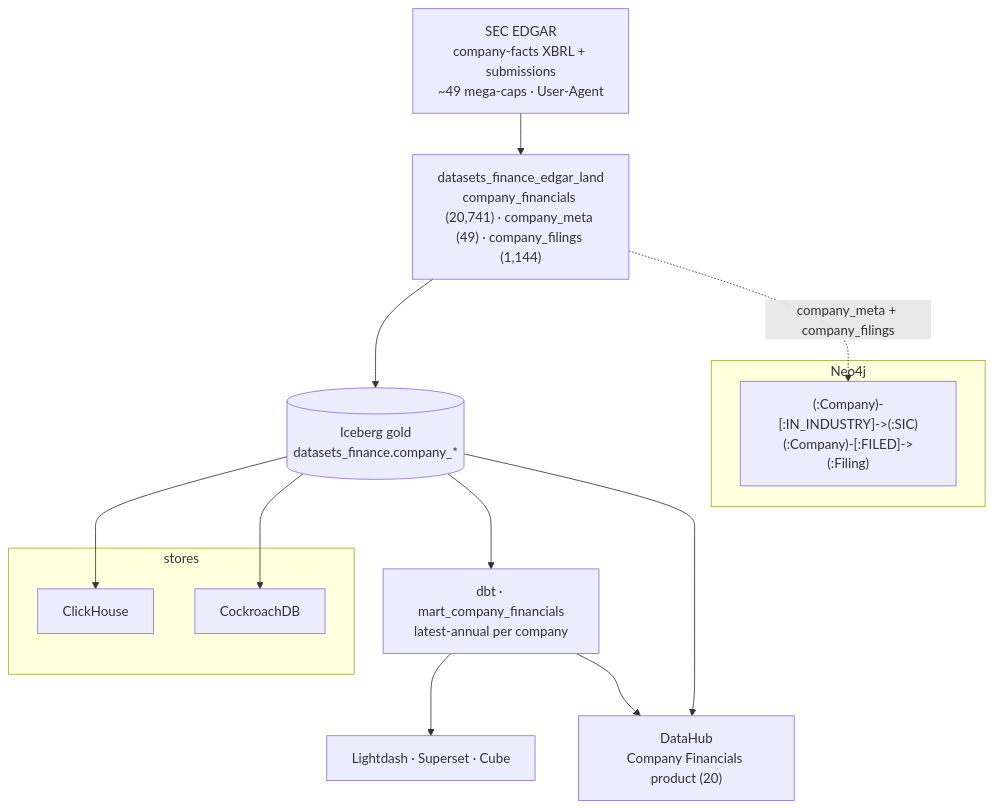
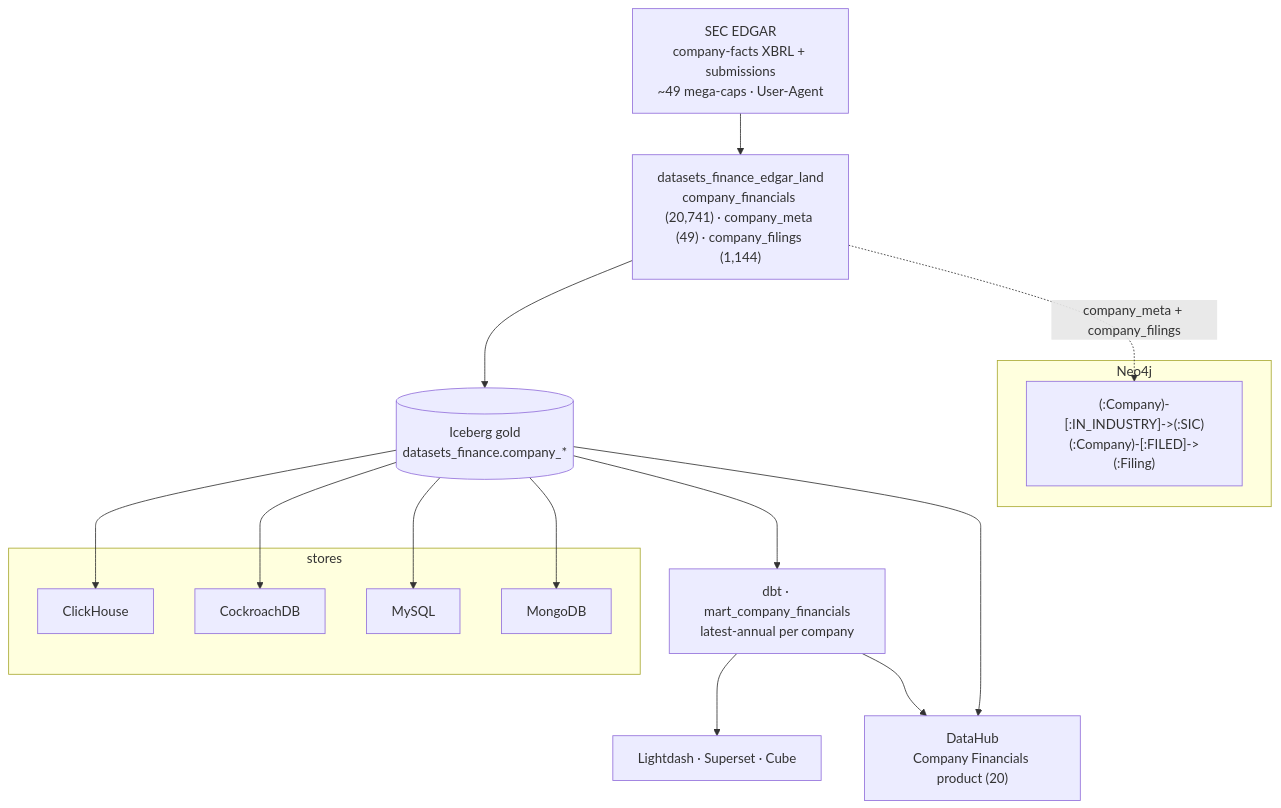
One commit to edtbl76/weyland-lab changed the third of 3 diagrams in docs/diagrams/flow-finance-ingestion.md. Above: the diagram before and after it, drawn with Mermaid. The commit also changed other lines of this file and 2 other files, not shown here.

First line of the commit message:
Enable MySQL and MongoDB Loaders for EDGAR Data in Finance Domain

````diff
--- a/docs/diagrams/flow-finance-ingestion.md
+++ b/docs/diagrams/flow-finance-ingestion.md
@@ -115,24 +115,28 @@
 ```mermaid
 flowchart TB
   SEC["SEC EDGAR<br/>company-facts XBRL + submissions<br/>~49 mega-caps · User-Agent"]
   LAND["datasets_finance_edgar_land<br/>company_financials (20,741) · company_meta (49) · company_filings (1,144)"]
   GOLD[("Iceberg gold<br/>datasets_finance.company_*")]
   subgraph STORES["stores"]
     CH["ClickHouse"]
     CR["CockroachDB"]
+    MY["MySQL"]
+    MO["MongoDB"]
   end
   MART["dbt · mart_company_financials<br/>latest-annual per company"]
   subgraph GRAPH["Neo4j"]
     G["(:Company)-[:IN_INDUSTRY]->(:SIC)<br/>(:Company)-[:FILED]->(:Filing)"]
   end
   BI["Lightdash · Superset · Cube"]
   DH["DataHub<br/>Company Financials product (20)"]
 
   SEC --> LAND --> GOLD
   GOLD --> CH
   GOLD --> CR
+  GOLD --> MY
+  GOLD --> MO
   GOLD --> MART --> BI
   LAND -.company_meta + company_filings.-> G
   GOLD --> DH
   MART --> DH
 ```
````
